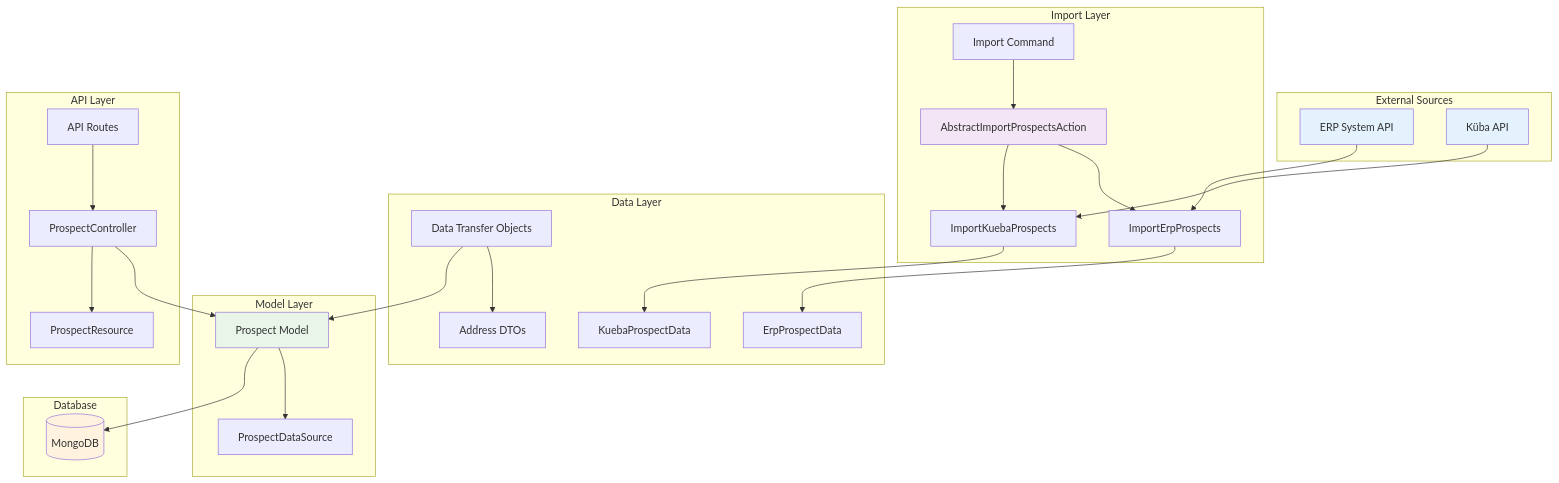
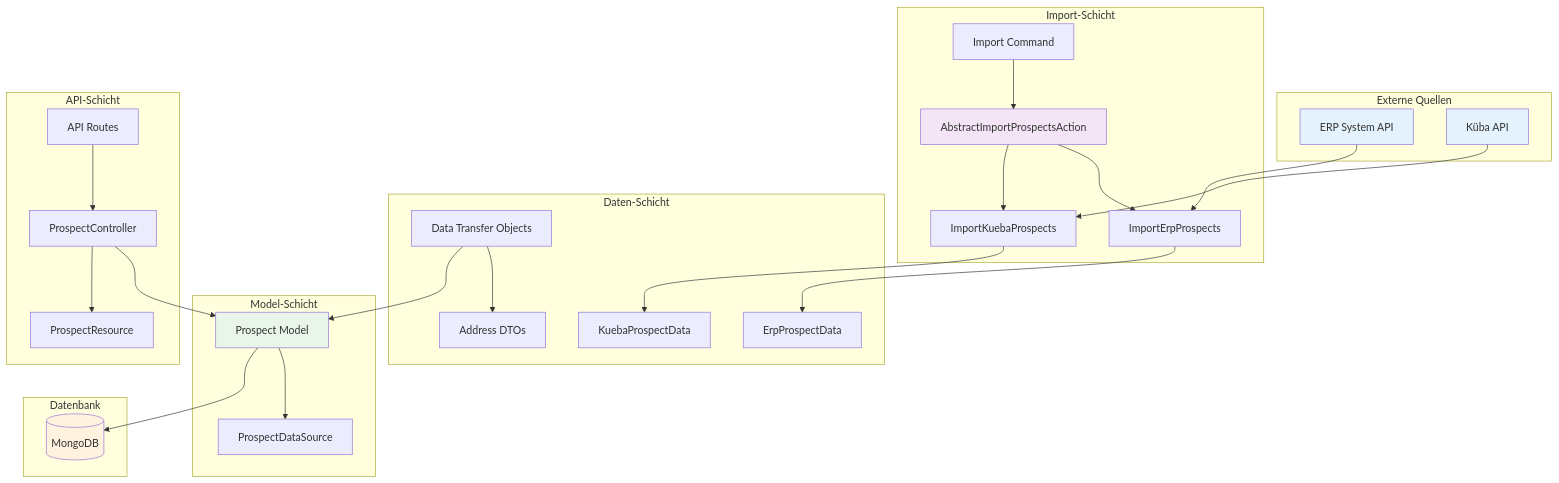
The first of 7 diagrams in docs/src/Prospects.md (chrisoco/APDE_BE), drawn with Mermaid before and after one commit. The commit also changed other lines of this file and 14 other files, not shown here.

````diff
--- a/docs/src/Prospects.md
+++ b/docs/src/Prospects.md
@@ -7,57 +7,57 @@
 ```mermaid
 graph TB
-    subgraph "External Sources"
+    subgraph "Externe Quellen"
         ERP[ERP System API]
         KUEBA[Küba API]
     end
-    
-    subgraph "Import Layer"
+
+    subgraph "Import-Schicht"
         ImportCmd[Import Command]
         AbstractImport[AbstractImportProspectsAction]
         ErpImport[ImportErpProspects]
         KuebaImport[ImportKuebaProspects]
     end
-    
-    subgraph "Data Layer"
+
+    subgraph "Daten-Schicht"
         DTOs[Data Transfer Objects]
         ErpDTO[ErpProspectData]
         KuebaDTO[KuebaProspectData]
         AddressDTOs[Address DTOs]
     end
-    
-    subgraph "Model Layer"
+
+    subgraph "Model-Schicht"
         Prospect[Prospect Model]
         SourceEnum[ProspectDataSource]
     end
-    
-    subgraph "API Layer"
+
+    subgraph "API-Schicht"
         Controller[ProspectController]
         Resource[ProspectResource]
         Routes[API Routes]
     end
-    
-    subgraph "Database"
+
+    subgraph "Datenbank"
         MongoDB[(MongoDB)]
     end
-    
+
     ERP --> ErpImport
     KUEBA --> KuebaImport
     ImportCmd --> AbstractImport
     AbstractImport --> ErpImport
     AbstractImport --> KuebaImport
     ErpImport --> ErpDTO
     KuebaImport --> KuebaDTO
     DTOs --> AddressDTOs
     DTOs --> Prospect
     Prospect --> SourceEnum
     Prospect --> MongoDB
     Controller --> Prospect
     Controller --> Resource
     Routes --> Controller
-    
+
     style ERP fill:#e3f2fd
     style KUEBA fill:#e3f2fd
     style AbstractImport fill:#f3e5f5
     style Prospect fill:#e8f5e8
     style MongoDB fill:#fff3e0
 ```
````
